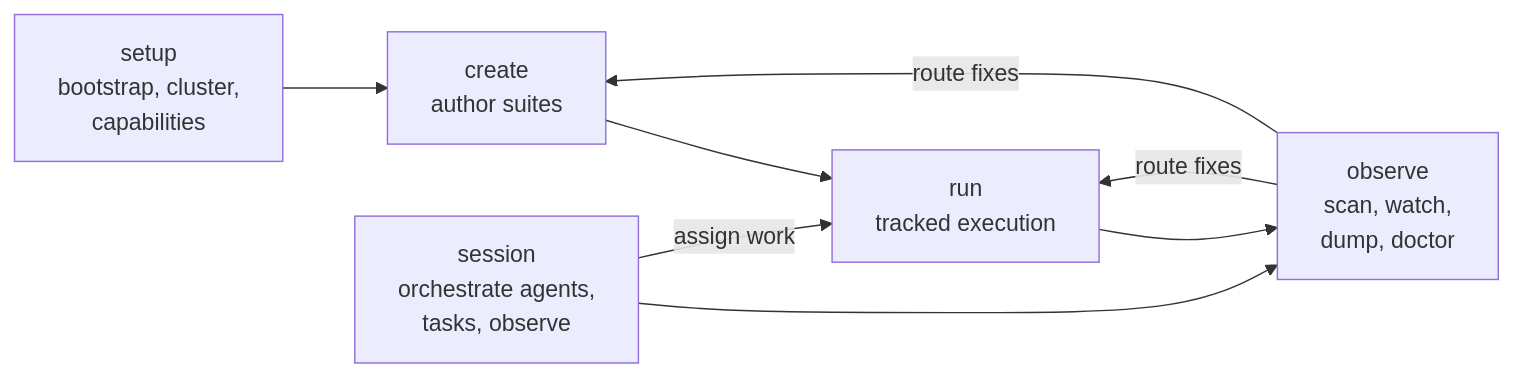
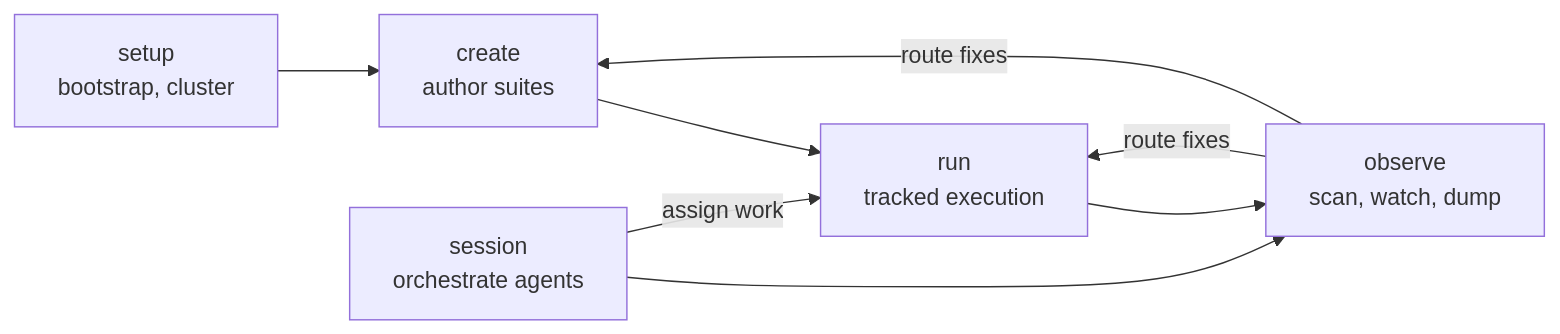
Before and after one commit to smykla-skalski/harness: the diagram in README.md, drawn with Mermaid. The commit also changed other lines of this file, not shown here.

````diff
--- a/README.md
+++ b/README.md
@@ -173,10 +57,10 @@
 ```mermaid
 flowchart LR
-    Setup["setup\nbootstrap, cluster,\ncapabilities"] --> Create["create\nauthor suites"]
+    Setup["setup\nbootstrap, cluster"] --> Create["create\nauthor suites"]
     Create --> Run["run\ntracked execution"]
-    Run --> Observe["observe\nscan, watch,\ndump, doctor"]
+    Run --> Observe["observe\nscan, watch, dump"]
     Observe -->|"route fixes"| Create
     Observe -->|"route fixes"| Run
-    Session["session\norchestrate agents,\ntasks, observe"] --> Observe
+    Session["session\norchestrate agents"] --> Observe
     Session -->|"assign work"| Run
 ```
````
